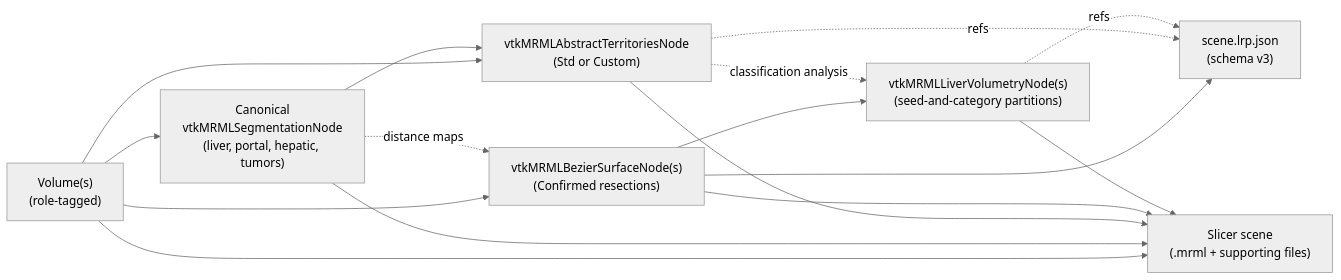
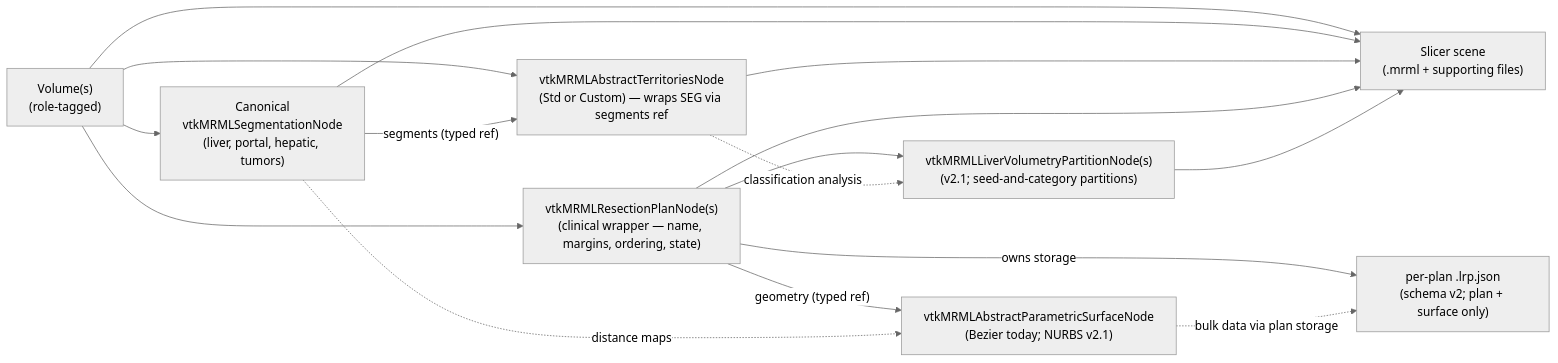
Before and after one commit to ALive-research/Slicer-Liver: the second of 2 diagrams in Docs/architecture/gui-stage-flow.md, drawn with Mermaid (neutral theme). The commit also changed other lines of this file and 2 other files, not shown here.

First paragraph of the commit message:
DOC: Update architecture diagrams to reflect wrapper-vs-carrier amendments
Bring the architecture-reference diagrams into alignment with the
2026-05-25 ADR amendments (ADR-0014 amendment "Fourth layer:
clinical/method wrapper" + ADR-0023 amendment "Wrapper-vs-carrier
pattern").

````diff
--- a/Docs/architecture/gui-stage-flow.md
+++ b/Docs/architecture/gui-stage-flow.md
@@ -83,26 +83,27 @@
 ```mermaid
 flowchart LR
     V1["Volume(s)<br/>(role-tagged)"]
     SEG["Canonical<br/>vtkMRMLSegmentationNode<br/>(liver, portal, hepatic, tumors)"]
-    TER["vtkMRMLAbstractTerritoriesNode<br/>(Std or Custom)"]
-    BEZ["vtkMRMLBezierSurfaceNode(s)<br/>(Confirmed resections)"]
-    VOL["vtkMRMLLiverVolumetryNode(s)<br/>(seed-and-category partitions)"]
-    LRP["scene.lrp.json<br/>(schema v3)"]
+    TER["vtkMRMLAbstractTerritoriesNode<br/>(Std or Custom) — wraps SEG via segments ref"]
+    PLAN["vtkMRMLResectionPlanNode(s)<br/>(clinical wrapper — name, margins, ordering, state)"]
+    SURF["vtkMRMLAbstractParametricSurfaceNode<br/>(Bezier today; NURBS v2.1)"]
+    VOL["vtkMRMLLiverVolumetryPartitionNode(s)<br/>(v2.1; seed-and-category partitions)"]
+    LRP["per-plan .lrp.json<br/>(schema v2; plan + surface only)"]
     SCN["Slicer scene<br/>(.mrml + supporting files)"]
 
     V1 --> SEG
     V1 --> TER
-    SEG --> TER
-    V1 --> BEZ
-    SEG -.distance maps.-> BEZ
-    BEZ --> VOL
+    SEG -- "segments (typed ref)" --> TER
+    V1 --> PLAN
+    PLAN -- "geometry (typed ref)" --> SURF
+    SEG -.distance maps.-> SURF
+    PLAN --> VOL
     TER -.classification analysis.-> VOL
-    BEZ --> LRP
-    TER -.refs.-> LRP
-    VOL -.refs.-> LRP
+    PLAN -- "owns storage" --> LRP
     V1 --> SCN
     SEG --> SCN
     TER --> SCN
-    BEZ --> SCN
+    PLAN --> SCN
+    SURF -.bulk data via plan storage.-> LRP
     VOL --> SCN
 ```
````
